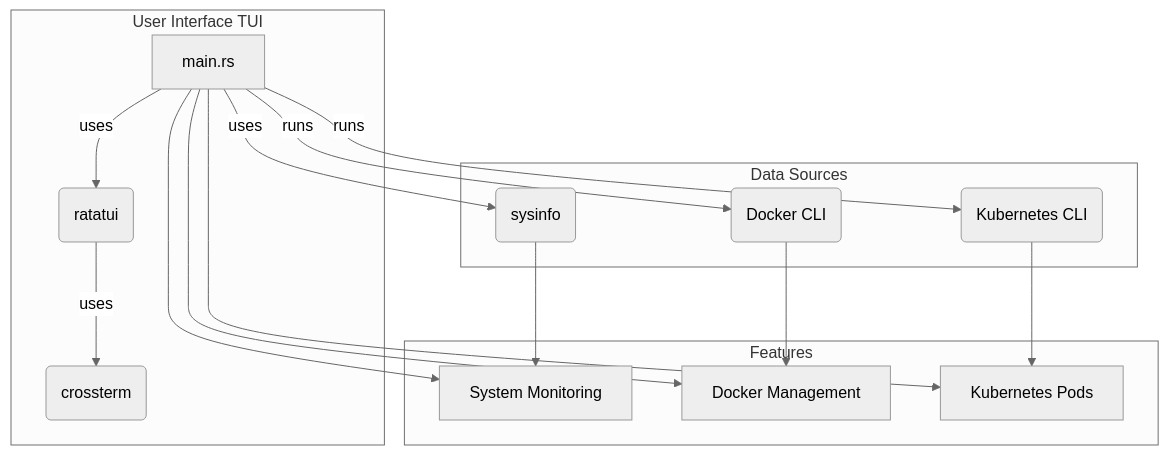
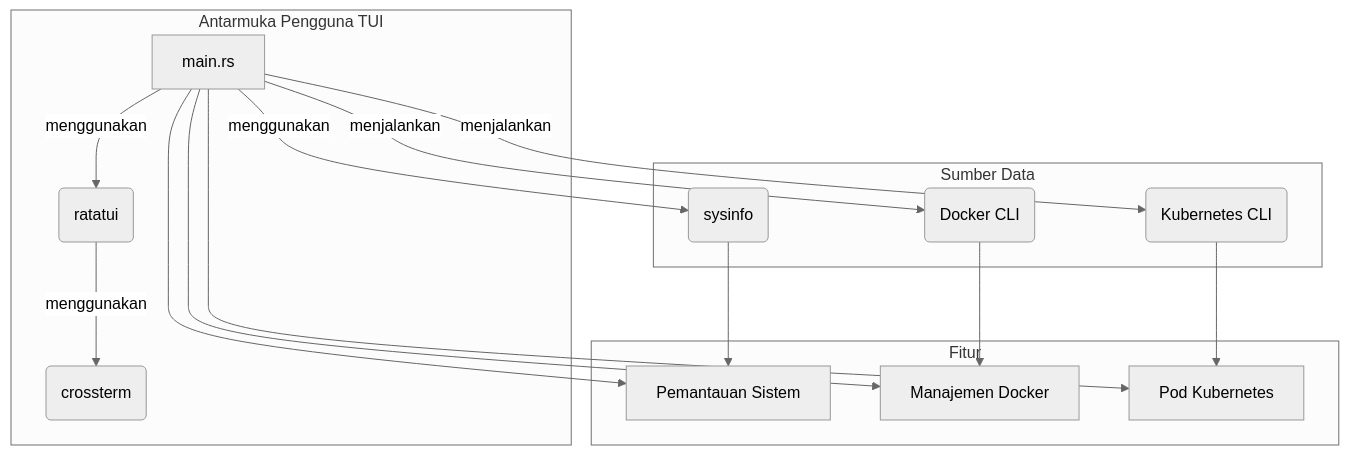
Before and after one commit to MamangRust/example-monitoring-ratatui: the diagram in README.md, drawn with Mermaid (neutral theme). The commit also changed other lines of this file, not shown here.

````diff
--- a/README.md
+++ b/README.md
@@ -23,27 +23,27 @@
 ```mermaid
 graph TD
-    subgraph User Interface TUI
-        A[main.rs] -- uses --> B(ratatui);
-        B -- uses --> C(crossterm);
+    subgraph Antarmuka Pengguna TUI
+        A[main.rs] -- menggunakan --> B(ratatui);
+        B -- menggunakan --> C(crossterm);
     end
 
-    subgraph Data Sources
-        A -- uses --> D(sysinfo);
-        A -- runs --> E(Docker CLI);
-        A -- runs --> F(Kubernetes CLI);
+    subgraph Sumber Data
+        A -- menggunakan --> D(sysinfo);
+        A -- menjalankan --> E(Docker CLI);
+        A -- menjalankan --> F(Kubernetes CLI);
     end
 
-    subgraph Features
-        G[System Monitoring]
-        H[Docker Management]
-        I[Kubernetes Pods]
+    subgraph Fitur
+        G[Pemantauan Sistem]
+        H[Manajemen Docker]
+        I[Pod Kubernetes]
     end
 
     A --> G;
     A --> H;
     A --> I;
 
     D --> G;
     E --> H;
     F --> I;
 ```
````
